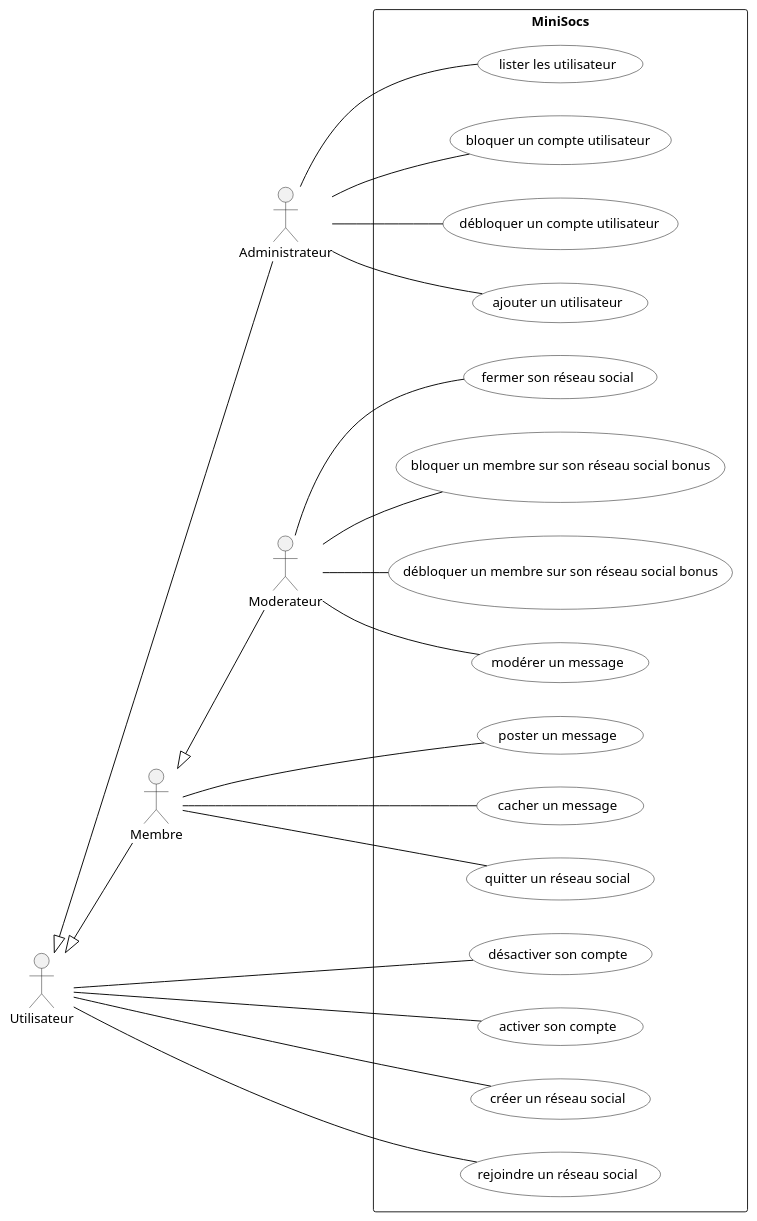
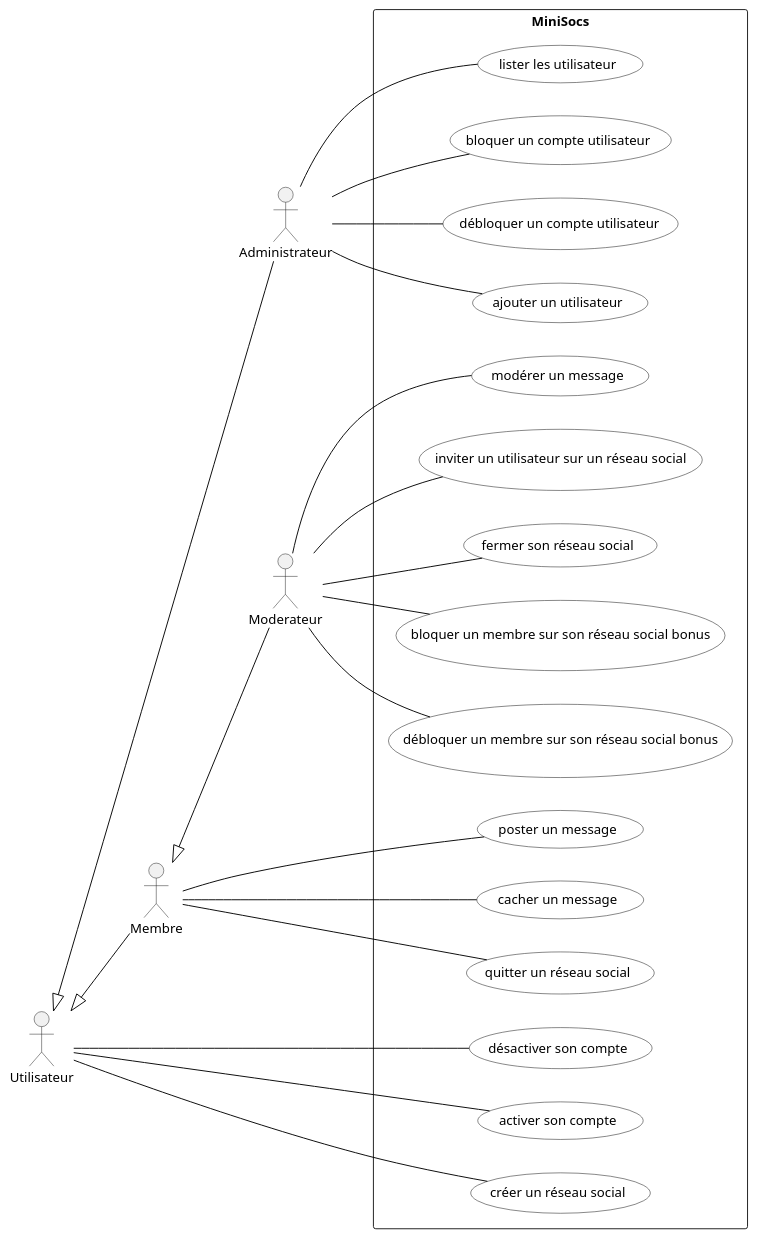
Before and after one commit to lukalafaye/MiniSocs: the diagram in Diagrammes/minisocs_uml_diag_cas_utilisation.pu, drawn with PlantUML. The commit also changed 6 other files, not shown here.

```diff
--- a/Diagrammes/minisocs_uml_diag_cas_utilisation.pu
+++ b/Diagrammes/minisocs_uml_diag_cas_utilisation.pu
@@ -1,46 +1,46 @@
 @startuml
 
 'Diagramme de cas d'utilisation (PlantUML)'
 
 'Configuration charte graphique'
 skinparam usecase {
 BackgroundColor White
 BorderColor Black
 ArrowColor Black
 ActorBackgroundColor<< Human >> Gold
 }
 
 left to right direction
 
 'Déclaration des acteurs :'
 actor Administrateur
 actor Utilisateur
 actor Membre
 actor Moderateur
 Utilisateur <|-- Administrateur
 Membre      <|-- Moderateur
 Utilisateur <|-- Membre
 
 'Déclaration des cas d'utilisation dans le système'
 rectangle "MiniSocs" {
 :Administrateur: -- (ajouter un utilisateur)
 :Administrateur: -- (lister les utilisateur)
 :Administrateur: -- (bloquer un compte utilisateur)
 :Administrateur: -- (débloquer un compte utilisateur)
 
 :Utilisateur:    -- (désactiver son compte)
 :Utilisateur:    -- (activer son compte)
 :Utilisateur:    -- (créer un réseau social)
-:Utilisateur:    -- (rejoindre un réseau social)
 
 :Moderateur:     -- (modérer un message)
+:Moderateur:     -- (inviter un utilisateur sur un réseau social) 
 :Moderateur:     -- (fermer son réseau social) 
 :Moderateur:     -- (bloquer un membre sur son réseau social bonus)
 :Moderateur:     -- (débloquer un membre sur son réseau social bonus)
 
 :Membre:         -- (poster un message)
 :Membre:         -- (cacher un message)
 :Membre:         -- (quitter un réseau social)
 }
 
 @enduml
```
